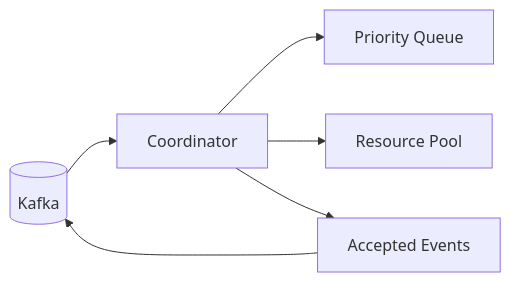
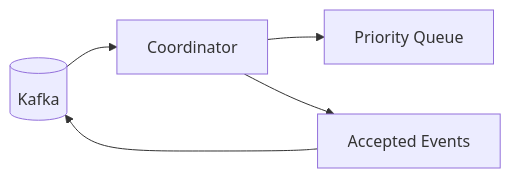
Before and after one commit to HardMax71/Integr8sCode: the diagram in docs/components/workers/coordinator.md, drawn with Mermaid. The commit also changed other lines of this file and 29 other files, not shown here.

````diff
--- a/docs/components/workers/coordinator.md
+++ b/docs/components/workers/coordinator.md
@@ -6,8 +7,7 @@
 ```mermaid
 graph LR
     Kafka[(Kafka)] --> Coord[Coordinator]
     Coord --> Queue[Priority Queue]
-    Coord --> Resources[Resource Pool]
     Coord --> Accepted[Accepted Events]
     Accepted --> Kafka
 ```
````
